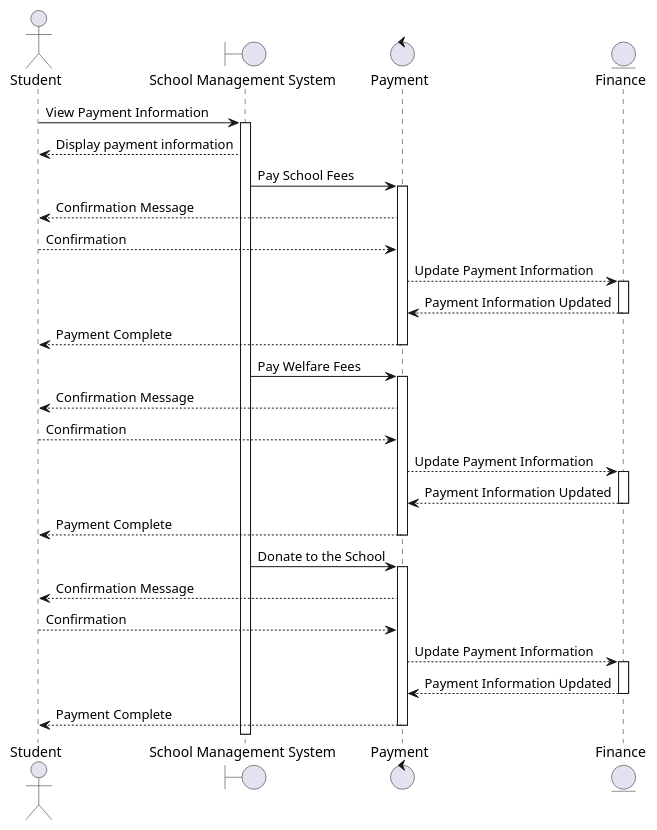
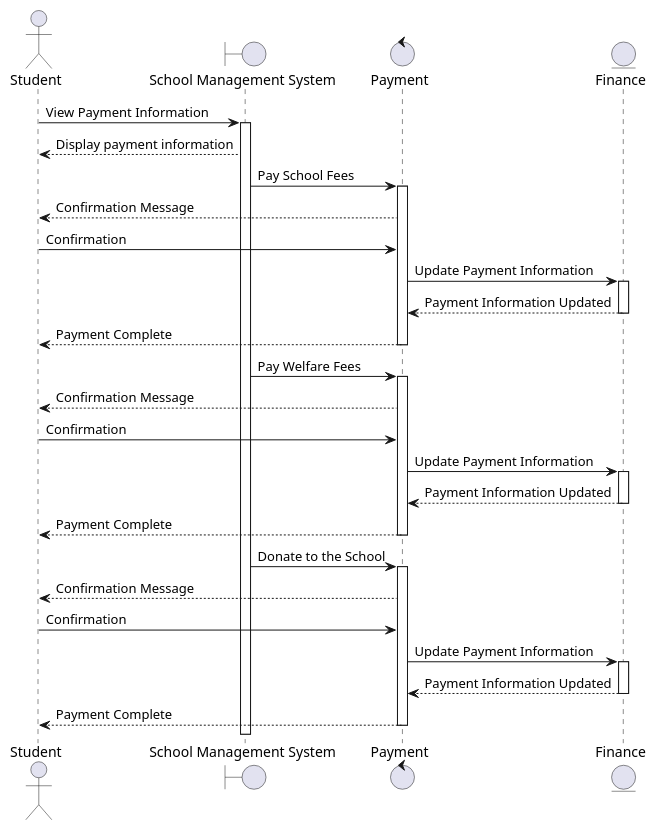
One commit to AdithyaSean/School-Management-System changed the diagram in diagrams/Sequence Diagram1.puml. Above: the diagram before and after it, drawn with PlantUML. The commit also changed 2 other files, not shown here.

Commit message:
new file:   diagrams/Sequence Diagram 3.puml 	modified:   diagrams/Sequence Diagram1.puml 	modified:   diagrams/Sequence Diagram2.puml

```diff
--- a/diagrams/Sequence Diagram1.puml
+++ b/diagrams/Sequence Diagram1.puml
@@ -1,44 +1,44 @@
 @startuml School Management System
 
 actor Student
 boundary "School Management System" as SchoolManagementSystem
 control Payment
 entity Finance
 
 Student -> SchoolManagementSystem: View Payment Information
 activate SchoolManagementSystem
 SchoolManagementSystem --> Student: Display payment information
 SchoolManagementSystem -> Payment: Pay School Fees
 activate Payment
 Payment --> Student: Confirmation Message
-Student --> Payment: Confirmation
-Payment --> Finance: Update Payment Information
+Student -> Payment: Confirmation
+Payment -> Finance: Update Payment Information
 activate Finance
 Finance --> Payment: Payment Information Updated
 deactivate Finance
 Payment --> Student: Payment Complete
 deactivate Payment
 
 SchoolManagementSystem -> Payment: Pay Welfare Fees
 activate Payment
 Payment --> Student: Confirmation Message
-Student --> Payment: Confirmation
-Payment --> Finance: Update Payment Information
+Student -> Payment: Confirmation
+Payment -> Finance: Update Payment Information
 activate Finance
 Finance --> Payment: Payment Information Updated
 deactivate Finance
 Payment --> Student: Payment Complete
 deactivate Payment
 
 SchoolManagementSystem -> Payment: Donate to the School
 activate Payment
 Payment --> Student: Confirmation Message
-Student --> Payment: Confirmation
-Payment --> Finance: Update Payment Information
+Student -> Payment: Confirmation
+Payment -> Finance: Update Payment Information
 activate Finance
 Finance --> Payment: Payment Information Updated
 deactivate Finance
 Payment --> Student: Payment Complete
 deactivate Payment
 
 @enduml
```
